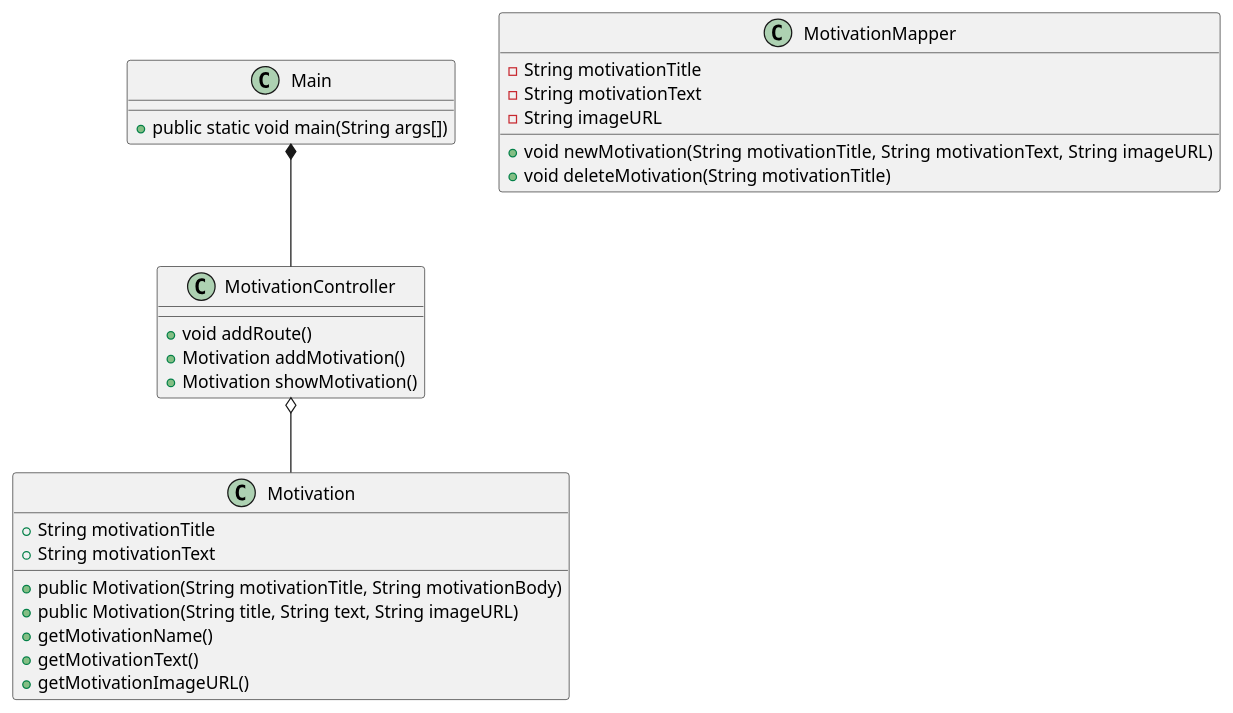
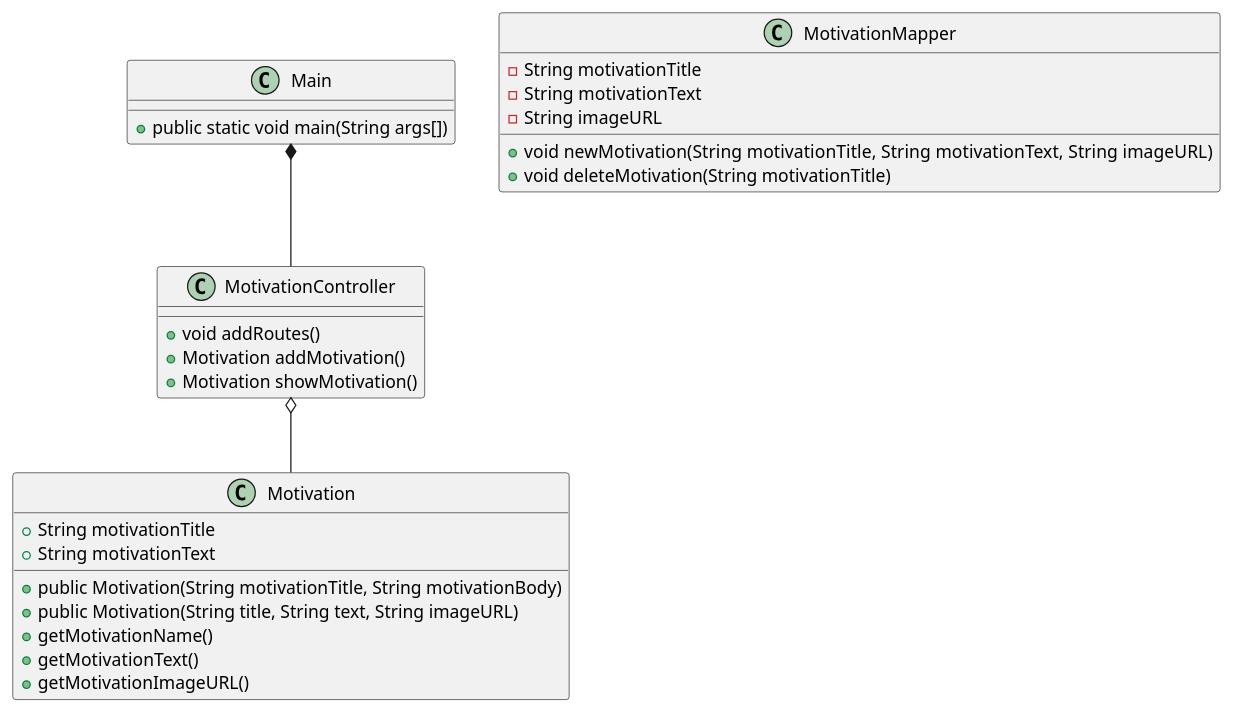
One commit to crstrskp/lifehack_e24 changed the diagram in docs/diagramv1.puml. Above: the diagram before and after it, drawn with PlantUML.

Commit message:
Opdateret klassediagram

```diff
--- a/docs/diagramv1.puml
+++ b/docs/diagramv1.puml
@@ -1,37 +1,37 @@
 @startuml
 'https://plantuml.com/class-diagram
 
 
 class Main {
 + public static void main(String args[])
 }
 
 class Motivation {
 + String motivationTitle
 + String motivationText
 + public Motivation(String motivationTitle, String motivationBody)
 + public Motivation(String title, String text, String imageURL)
 + getMotivationName()
 + getMotivationText()
 + getMotivationImageURL()
 
 }
 
 class MotivationMapper {
 - String motivationTitle
 - String motivationText
 - String imageURL
 
 + void newMotivation(String motivationTitle, String motivationText,  String imageURL)
 + void deleteMotivation(String motivationTitle)
 
 }
 class MotivationController {
-+ void addRoute()
++ void addRoutes()
 + Motivation addMotivation()
 + Motivation showMotivation()
 }
 
 Main *-- MotivationController
 MotivationController o-- Motivation
 @enduml
```
